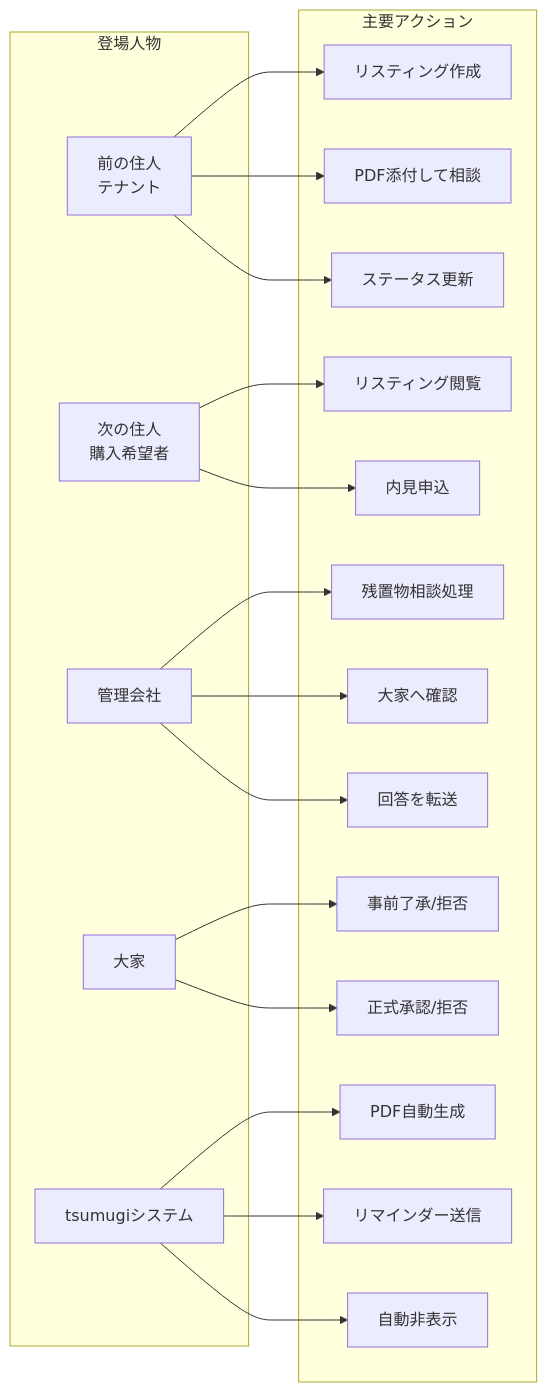
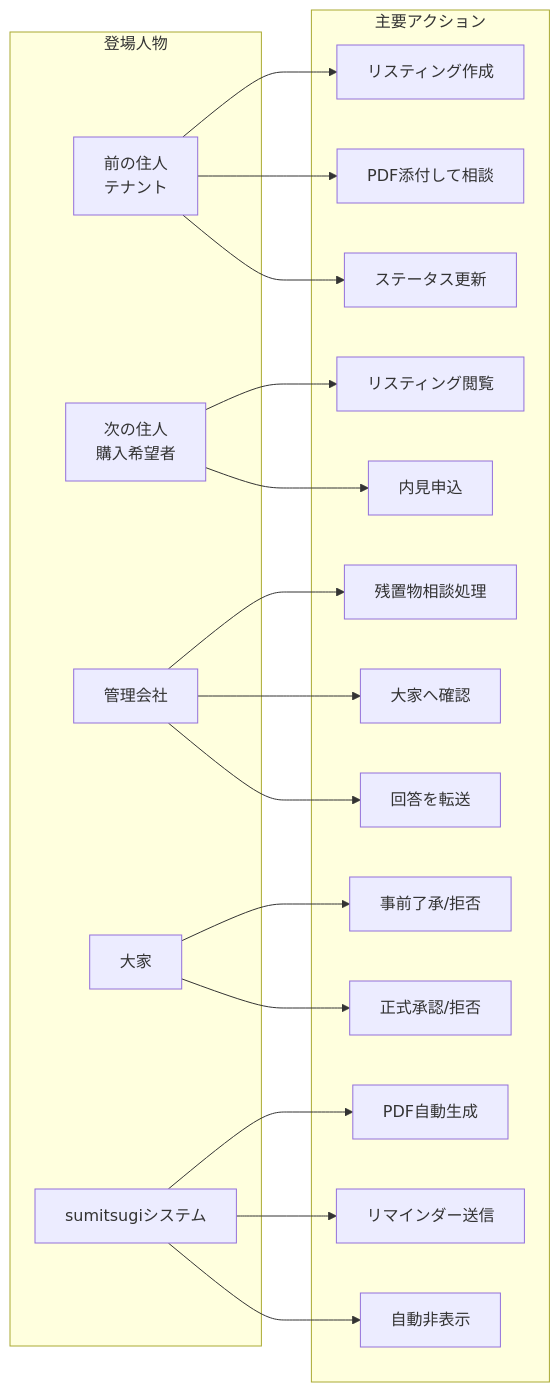
Before and after one commit to kokiebisu/sumitsugi: the fourth of 4 diagrams in docs/design/features/approval-flow.md, drawn with Mermaid. The commit also changed other lines of this file and 255 other files, not shown here.

````diff
--- a/docs/design/features/approval-flow.md
+++ b/docs/design/features/approval-flow.md
@@ -142,30 +142,30 @@
 ```mermaid
 graph LR
     subgraph Actors[登場人物]
         Tenant[前の住人<br/>テナント]
         Buyer[次の住人<br/>購入希望者]
         Mgmt[管理会社]
         Landlord[大家]
-        System[tsumugiシステム]
+        System[sumitsugiシステム]
     end
 
     subgraph Actions[主要アクション]
         Tenant --> A1[リスティング作成]
         Tenant --> A2[PDF添付して相談]
         Tenant --> A3[ステータス更新]
 
         Buyer --> B1[リスティング閲覧]
         Buyer --> B2[内見申込]
 
         Mgmt --> M1[残置物相談処理]
         Mgmt --> M2[大家へ確認]
         Mgmt --> M3[回答を転送]
 
         Landlord --> L1[事前了承/拒否]
         Landlord --> L2[正式承認/拒否]
 
         System --> S1[PDF自動生成]
         System --> S2[リマインダー送信]
         System --> S3[自動非表示]
     end
 ```
````
